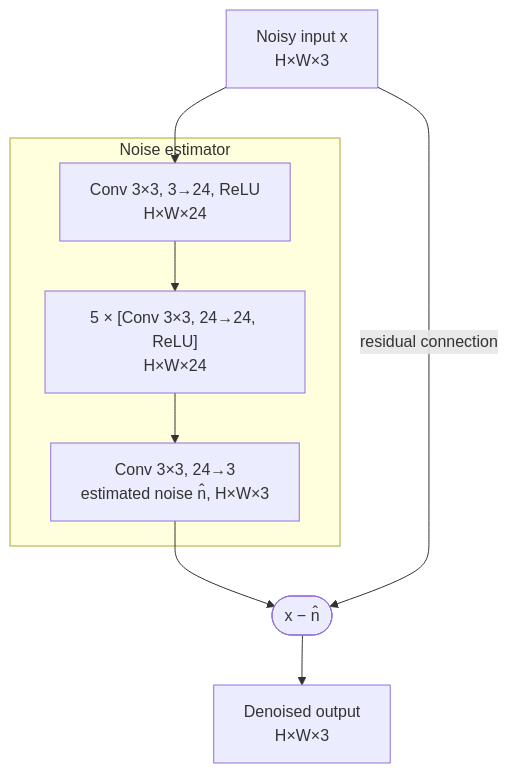
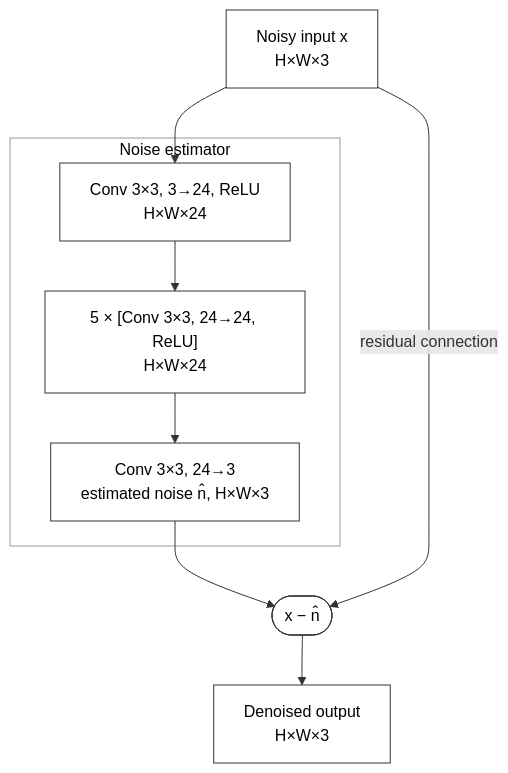
The first of 2 diagrams in README.md (rwttr/Eco-workshop-n8), drawn with Mermaid before and after one commit. The commit also changed other lines of this file, not shown here.

Commit message:
README: render Mermaid diagram nodes with white background

````diff
--- a/README.md
+++ b/README.md
@@ -121,11 +121,13 @@
 ```mermaid
 flowchart TD
+    classDef default fill:#ffffff,stroke:#333333,color:#000000;
     X["Noisy input x<br/>H×W×3"] --> L1["Conv 3×3, 3→24, ReLU<br/>H×W×24"]
     subgraph N["Noise estimator"]
         L1 --> L2["5 × [Conv 3×3, 24→24, ReLU]<br/>H×W×24"]
         L2 --> L7["Conv 3×3, 24→3<br/>estimated noise n̂, H×W×3"]
     end
     L7 --> SUB(["x − n̂"])
     X -- "residual connection" --> SUB
     SUB --> Y["Denoised output<br/>H×W×3"]
+    style N fill:#ffffff,stroke:#999999,color:#000000
 ```
````
